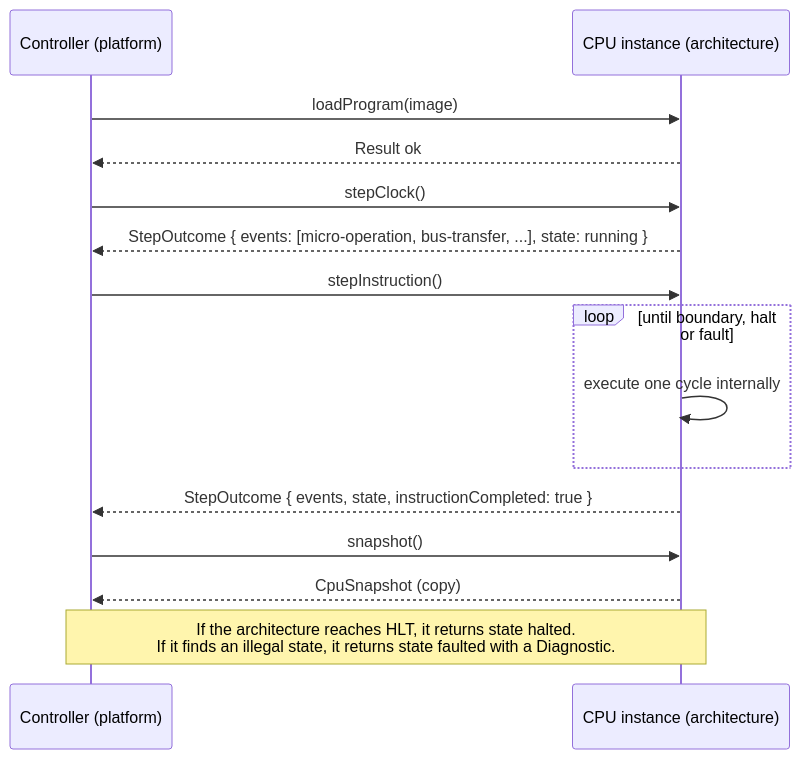
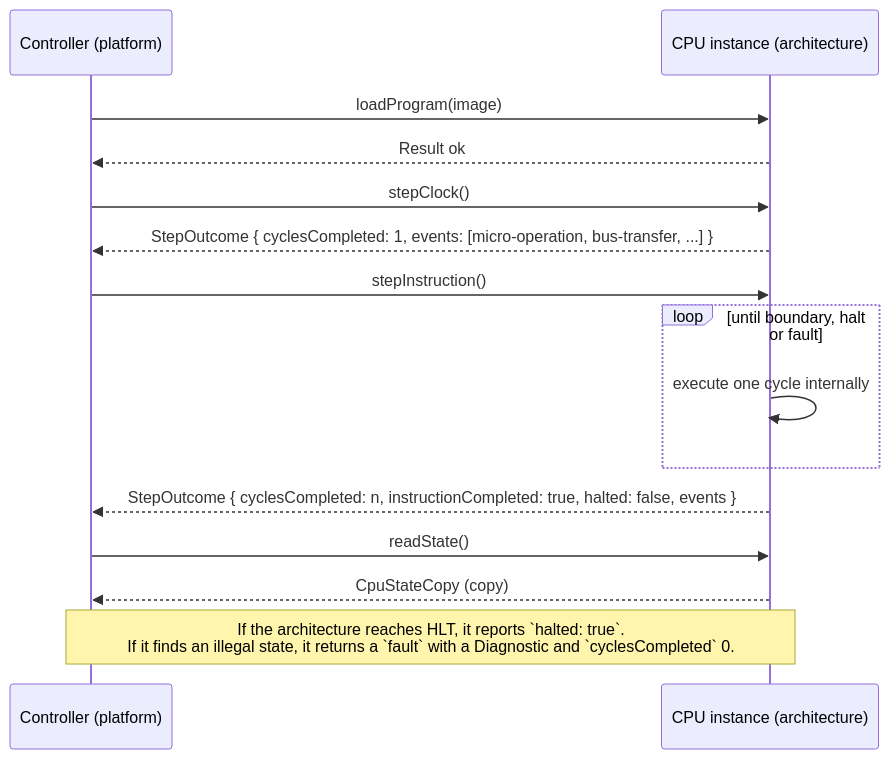
Before and after one commit to Browniesauce/BITSHIFT-CPU-Simulator: the diagram in docs/architecture/CPU_ARCHITECTURE_STRATEGY.md, drawn with Mermaid. The commit also changed other lines of this file and 15 other files, not shown here.

````diff
--- a/docs/architecture/CPU_ARCHITECTURE_STRATEGY.md
+++ b/docs/architecture/CPU_ARCHITECTURE_STRATEGY.md
@@ -73,17 +74,17 @@
 ```mermaid
 sequenceDiagram
   participant P as Controller (platform)
   participant I as CPU instance (architecture)
   P->>I: loadProgram(image)
   I-->>P: Result ok
   P->>I: stepClock()
-  I-->>P: StepOutcome { events: [micro-operation, bus-transfer, ...], state: running }
+  I-->>P: StepOutcome { cyclesCompleted: 1, events: [micro-operation, bus-transfer, ...] }
   P->>I: stepInstruction()
   loop until boundary, halt or fault
     I->>I: execute one cycle internally
   end
-  I-->>P: StepOutcome { events, state, instructionCompleted: true }
-  P->>I: snapshot()
-  I-->>P: CpuSnapshot (copy)
-  Note over P,I: If the architecture reaches HLT, it returns state halted.<br/>If it finds an illegal state, it returns state faulted with a Diagnostic.
+  I-->>P: StepOutcome { cyclesCompleted: n, instructionCompleted: true, halted: false, events }
+  P->>I: readState()
+  I-->>P: CpuStateCopy (copy)
+  Note over P,I: If the architecture reaches HLT, it reports `halted: true`.<br/>If it finds an illegal state, it returns a `fault` with a Diagnostic and `cyclesCompleted` 0.
 ```
````
